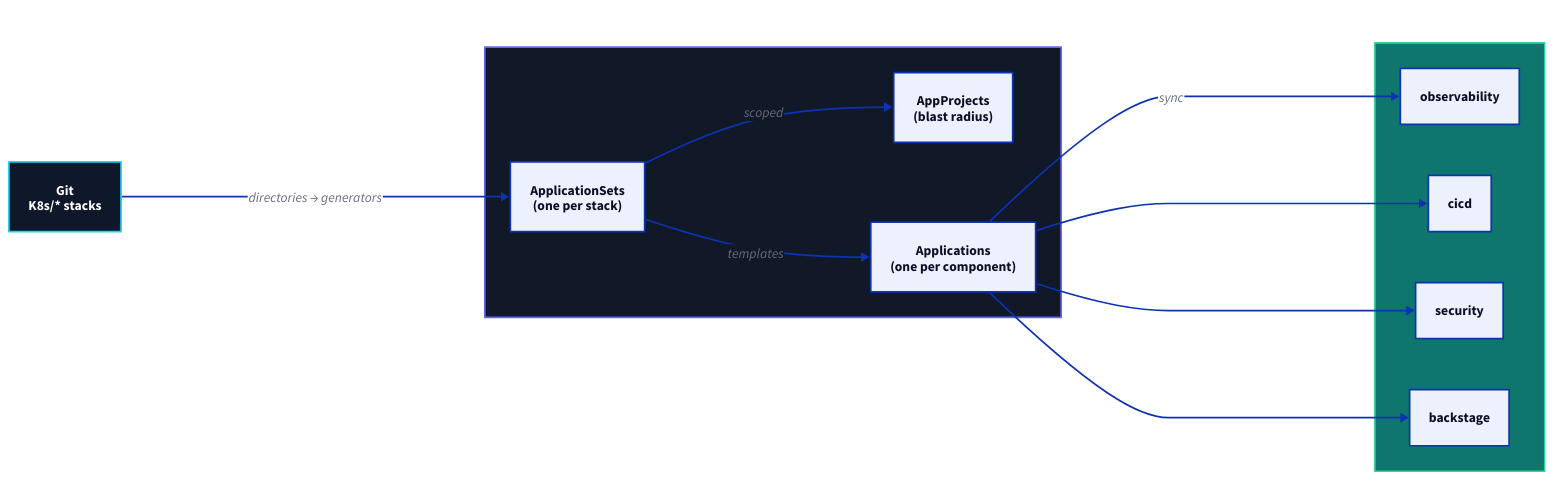
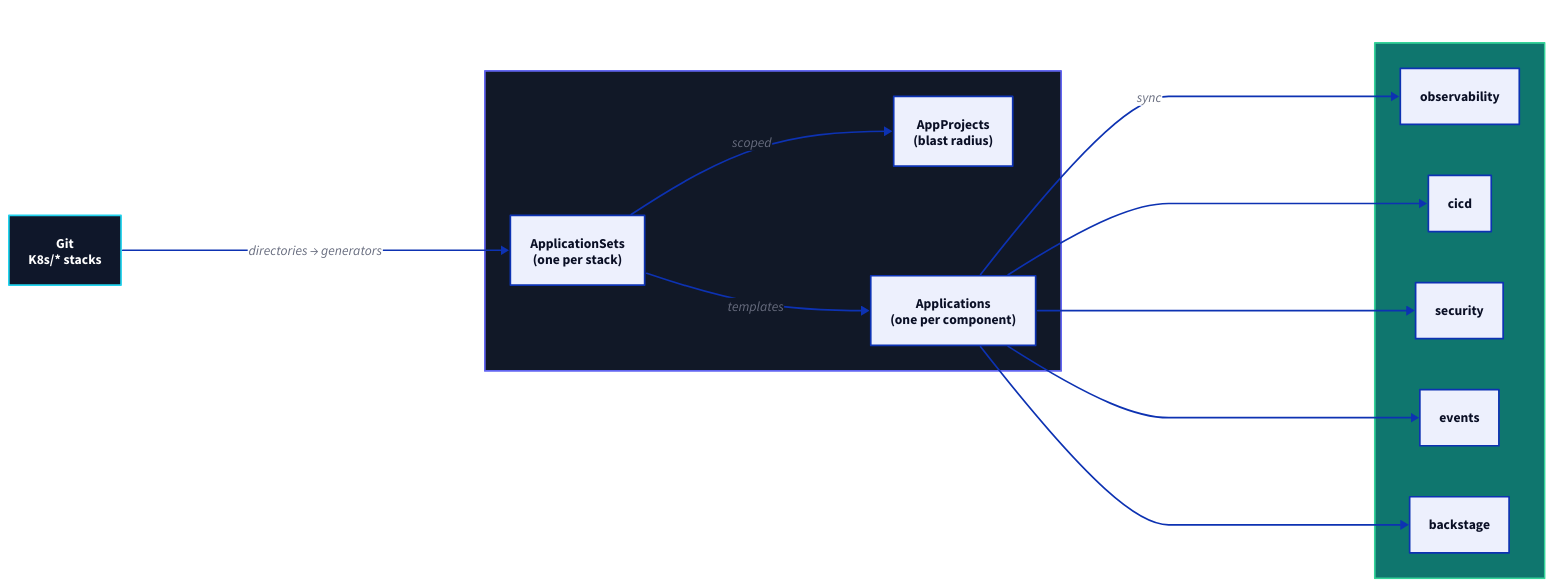
One commit to rou-cru/idp-blueprint changed the second of 3 diagrams in Docs/src/content/docs/concepts/gitops-model.md. Above: the diagram before and after it, drawn with D2. The commit also changed 3 other files, not shown here.

First line of the commit message:
docs: comprehensive D2 diagram audit and critical fixes

````diff
--- a/Docs/src/content/docs/concepts/gitops-model.md
+++ b/Docs/src/content/docs/concepts/gitops-model.md
@@ -34,33 +34,35 @@
 ```d2
 direction: right
 
 classes: { git: { style.fill: "#0f172a"; style.stroke: "#22d3ee"; style.font-color: white }
            control: { style.fill: "#111827"; style.stroke: "#6366f1"; style.font-color: white }
            ns: { style.fill: "#0f766e"; style.stroke: "#34d399"; style.font-color: white } }
 
 Repo: { class: git; label: "Git\nK8s/* stacks" }
 
 Argo: {
   class: control
   label: "ArgoCD"
   Projects: "AppProjects\n(blast radius)"
   AppSets: "ApplicationSets\n(one per stack)"
   Apps: "Applications\n(one per component)"
 }
 
 Namespaces: {
   class: ns
   OBS: "observability"
   CICD: "cicd"
   SEC: "security"
+  EVENTS: "events"
   DP: "backstage"
 }
 
 Repo -> Argo.AppSets: "directories → generators"
 Argo.AppSets -> Argo.Projects: "scoped"
 Argo.AppSets -> Argo.Apps: "templates"
 Argo.Apps -> Namespaces.OBS: "sync"
 Argo.Apps -> Namespaces.CICD
 Argo.Apps -> Namespaces.SEC
+Argo.Apps -> Namespaces.EVENTS
 Argo.Apps -> Namespaces.DP
 ```
````
